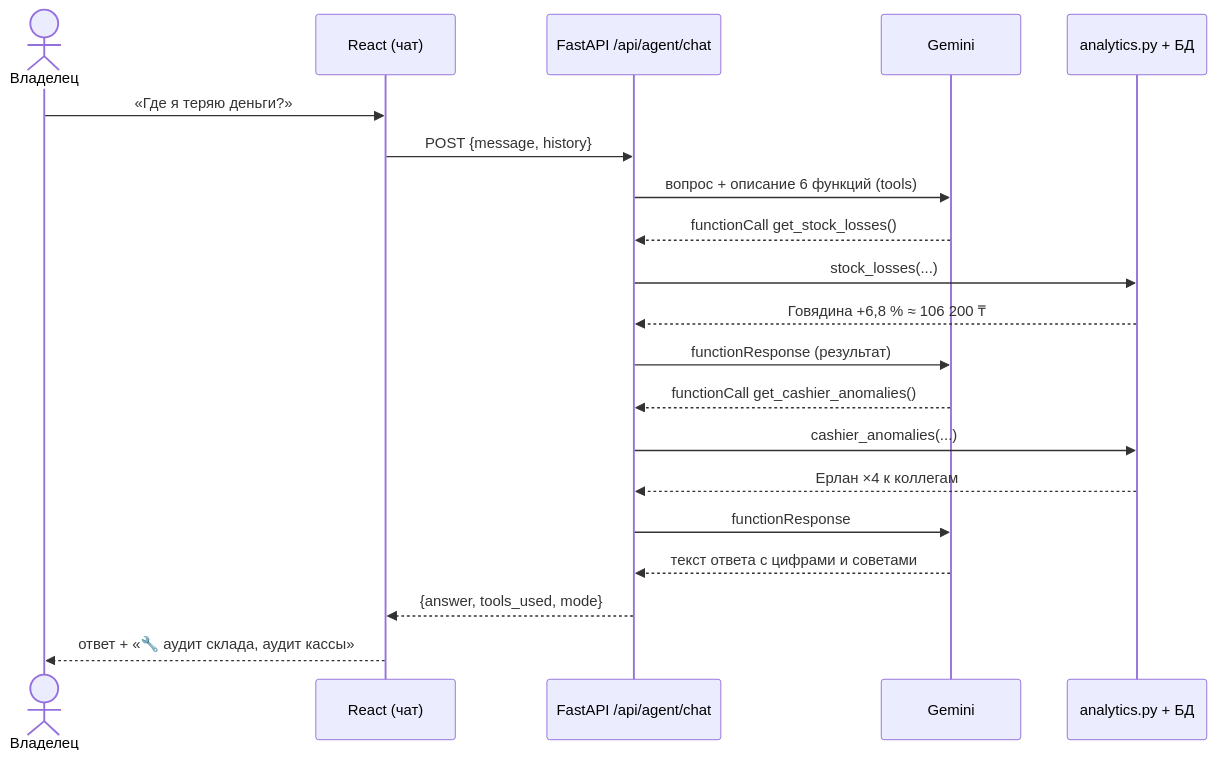
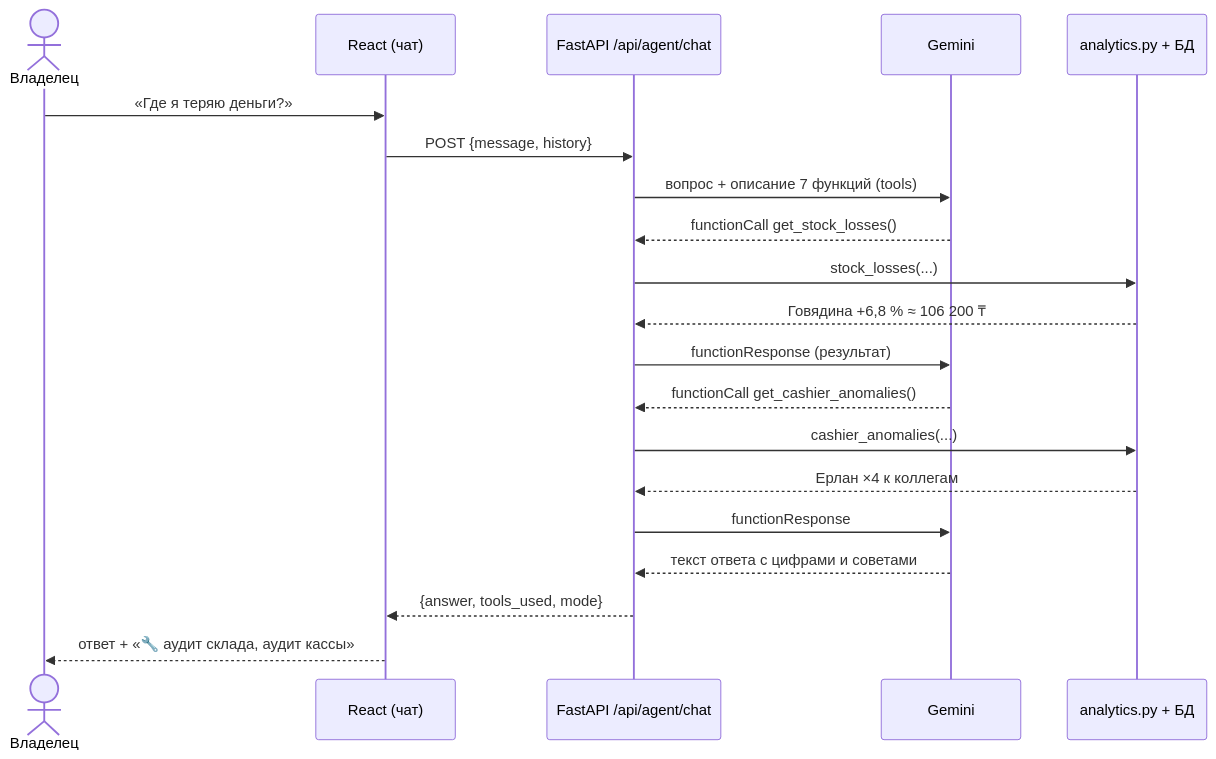
The third of 6 diagrams in docs/ARCHITECTURE.md (sultanhodjaevilyat-sys/tabys), drawn with Mermaid before and after one commit. The commit also changed other lines of this file, not shown here.

Commit message:
docs(architecture): диаграмма развёртывания, 7 функций агента, 10 экранов в Figma

````diff
--- a/docs/ARCHITECTURE.md
+++ b/docs/ARCHITECTURE.md
@@ -86,22 +86,22 @@
 ```mermaid
 sequenceDiagram
   actor O as Владелец
   participant FE as React (чат)
   participant BE as FastAPI /api/agent/chat
   participant G as Gemini
   participant A as analytics.py + БД
   O->>FE: «Где я теряю деньги?»
   FE->>BE: POST {message, history}
-  BE->>G: вопрос + описание 6 функций (tools)
+  BE->>G: вопрос + описание 7 функций (tools)
   G-->>BE: functionCall get_stock_losses()
   BE->>A: stock_losses(...)
   A-->>BE: Говядина +6,8 % ≈ 106 200 ₸
   BE->>G: functionResponse (результат)
   G-->>BE: functionCall get_cashier_anomalies()
   BE->>A: cashier_anomalies(...)
   A-->>BE: Ерлан ×4 к коллегам
   BE->>G: functionResponse
   G-->>BE: текст ответа с цифрами и советами
   BE-->>FE: {answer, tools_used, mode}
   FE-->>O: ответ + «🔧 аудит склада, аудит кассы»
 ```
````
